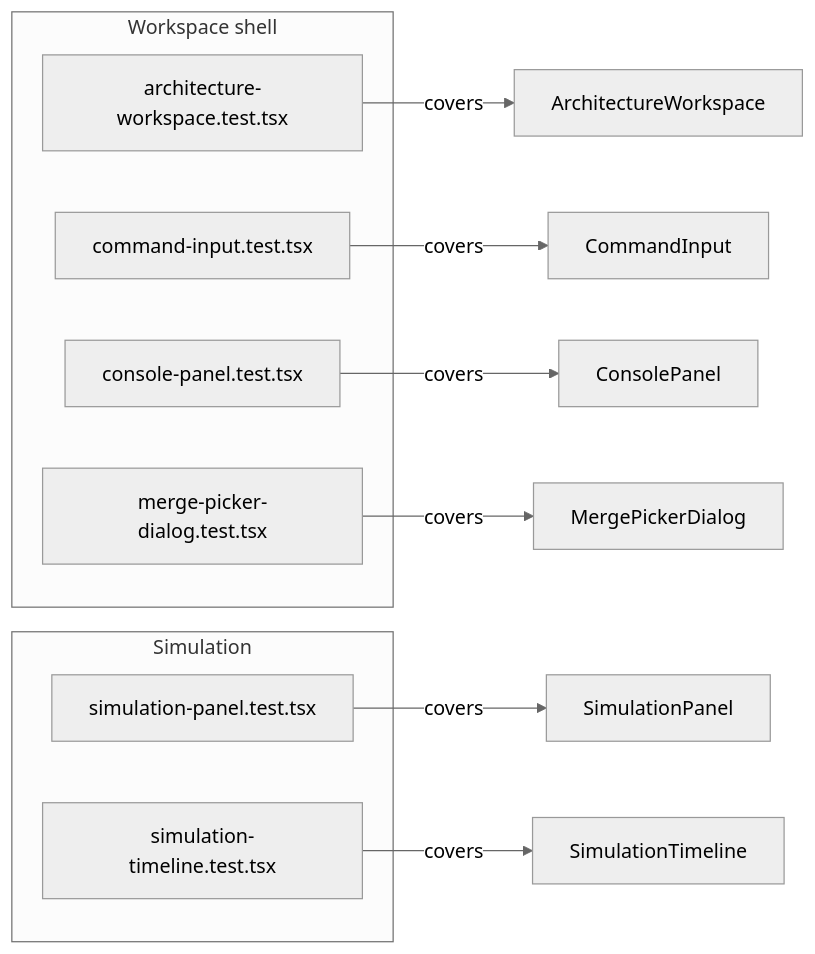
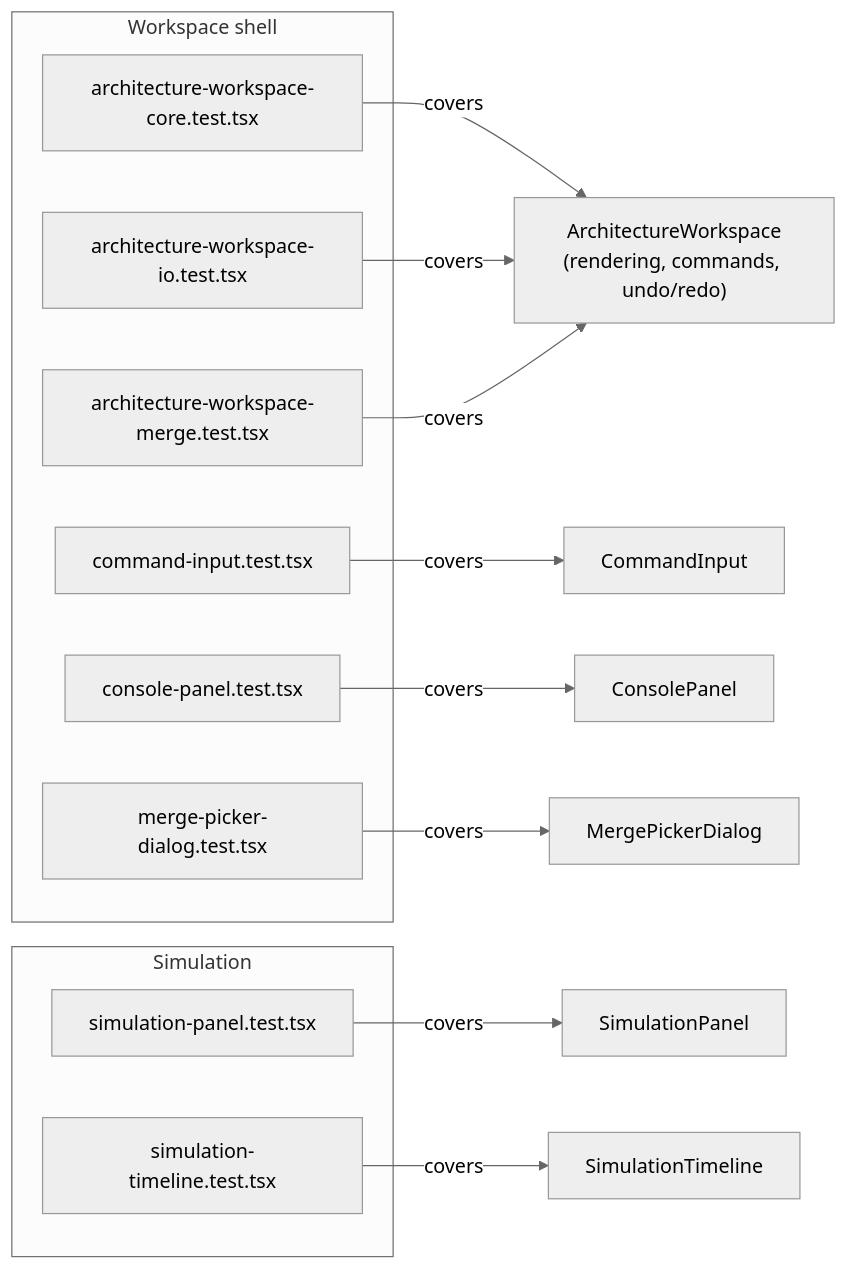
One commit to jgyy/architect-model changed the second of 2 diagrams in docs/categories/component-tests.md. Above: the diagram before and after it, drawn with Mermaid (neutral theme). The commit also changed 37 other files, not shown here.

````diff
--- a/docs/categories/component-tests.md
+++ b/docs/categories/component-tests.md
@@ -26,21 +26,25 @@
 ```mermaid
 flowchart LR
     subgraph workspace_group["Workspace shell"]
-        AW["architecture-workspace.test.tsx"]
+        AWC["architecture-workspace-core.test.tsx"]
+        AWI["architecture-workspace-io.test.tsx"]
+        AWM["architecture-workspace-merge.test.tsx"]
         CI["command-input.test.tsx"]
         CP["console-panel.test.tsx"]
         MP["merge-picker-dialog.test.tsx"]
     end
 
     subgraph sim_group["Simulation"]
         SP["simulation-panel.test.tsx"]
         ST["simulation-timeline.test.tsx"]
     end
 
-    AW -->|covers| C5["ArchitectureWorkspace"]
+    AWC -->|covers| C5["ArchitectureWorkspace\n(rendering, commands, undo/redo)"]
+    AWI -->|covers| C5
+    AWM -->|covers| C5
     CI -->|covers| C6["CommandInput"]
     CP -->|covers| C7["ConsolePanel"]
     MP -->|covers| C8["MergePickerDialog"]
     SP -->|covers| C9["SimulationPanel"]
     ST -->|covers| C10["SimulationTimeline"]
 ```
````
